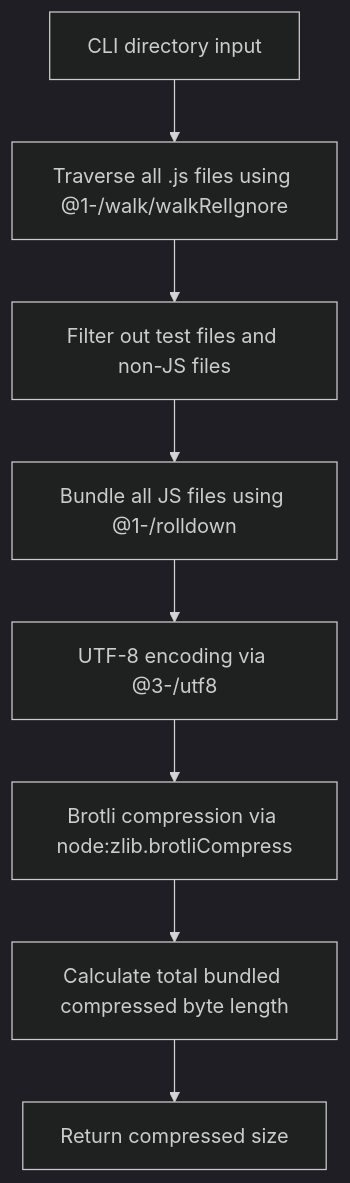
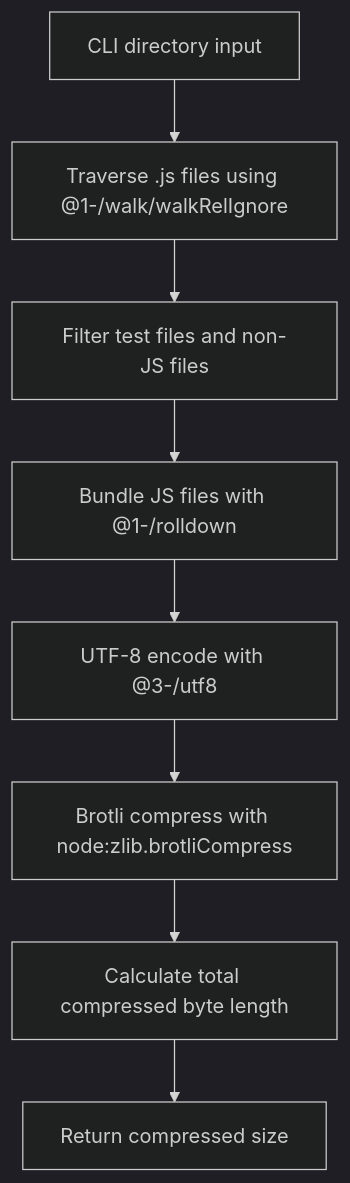
Before and after one commit to webc-site/npm: the diagram in minify_size/readme/en/README.md, drawn with Mermaid (dark theme). The commit also changed other lines of this file and 4 other files, not shown here.

Commit message:
docs: improve README clarity and consistency across English/Chinese versions, update dependencies and fix CLI directory resolution

````diff
--- a/minify_size/readme/en/README.md
+++ b/minify_size/readme/en/README.md
@@ -42,10 +44,10 @@
 ```mermaid
 graph TD
-    A[CLI directory input] --> B[Traverse all .js files using @1-/walk/walkRelIgnore]
-    B --> C[Filter out test files and non-JS files]
-    C --> D[Bundle all JS files using @1-/rolldown]
-    D --> E[UTF-8 encoding via @3-/utf8]
-    E --> F[Brotli compression via node:zlib.brotliCompress]
-    F --> G[Calculate total bundled compressed byte length]
+    A[CLI directory input] --> B[Traverse .js files using @1-/walk/walkRelIgnore]
+    B --> C[Filter test files and non-JS files]
+    C --> D[Bundle JS files with @1-/rolldown]
+    D --> E[UTF-8 encode with @3-/utf8]
+    E --> F[Brotli compress with node:zlib.brotliCompress]
+    F --> G[Calculate total compressed byte length]
     G --> H[Return compressed size]
 ```
````
